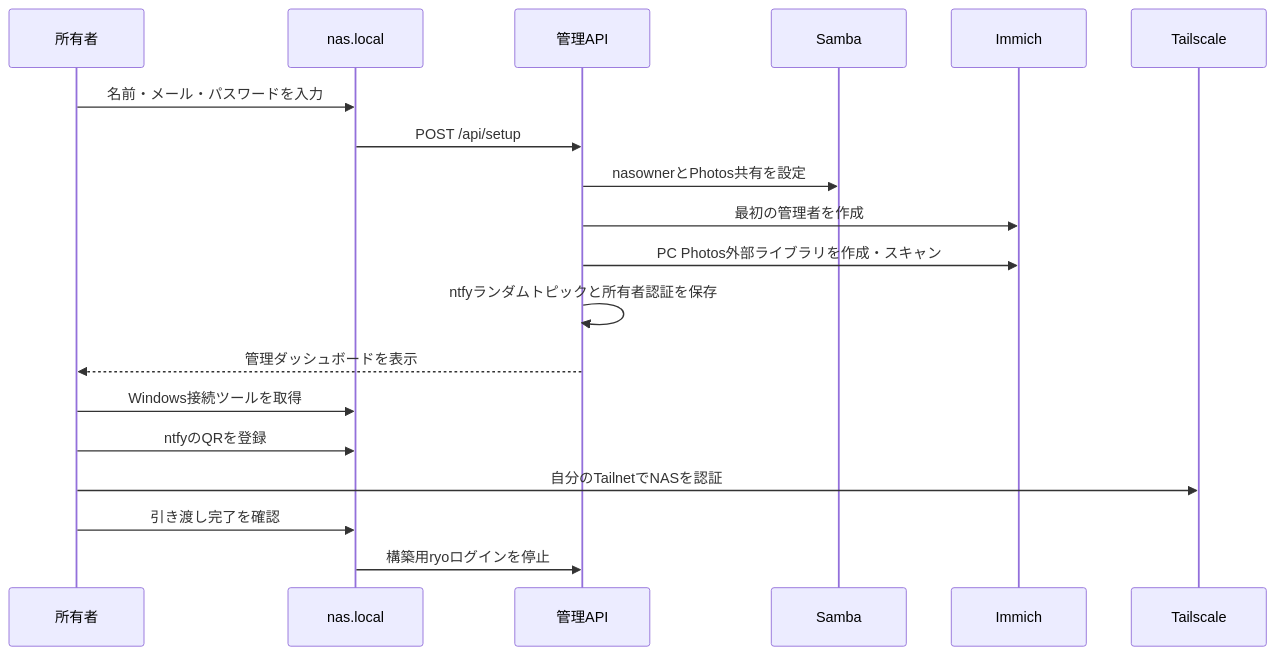
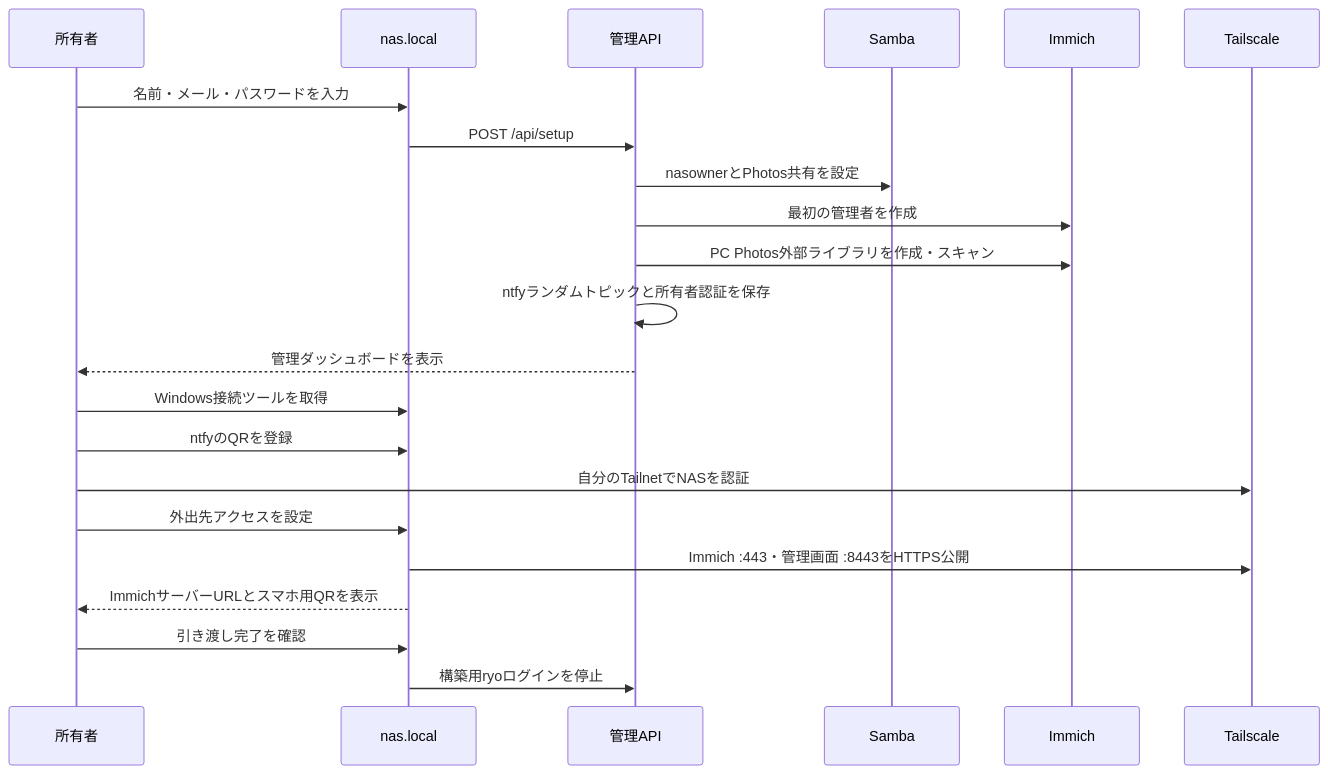
One commit to ryosukeue/nas-setup changed the second of 3 diagrams in ARCHITECTURE.md. Above: the diagram before and after it, drawn with Mermaid. The commit also changed other lines of this file and 1 other file, not shown here.

````diff
--- a/ARCHITECTURE.md
+++ b/ARCHITECTURE.md
@@ -96,22 +101,25 @@
 ```mermaid
 sequenceDiagram
     participant Owner as 所有者
     participant UI as nas.local
     participant API as 管理API
     participant SMB as Samba
     participant Immich as Immich
     participant TS as Tailscale
 
     Owner->>UI: 名前・メール・パスワードを入力
     UI->>API: POST /api/setup
     API->>SMB: nasownerとPhotos共有を設定
     API->>Immich: 最初の管理者を作成
     API->>Immich: PC Photos外部ライブラリを作成・スキャン
     API->>API: ntfyランダムトピックと所有者認証を保存
     API-->>Owner: 管理ダッシュボードを表示
     Owner->>UI: Windows接続ツールを取得
     Owner->>UI: ntfyのQRを登録
     Owner->>TS: 自分のTailnetでNASを認証
+    Owner->>UI: 外出先アクセスを設定
+    UI->>TS: Immich :443・管理画面 :8443をHTTPS公開
+    UI-->>Owner: ImmichサーバーURLとスマホ用QRを表示
     Owner->>UI: 引き渡し完了を確認
     UI->>API: 構築用ryoログインを停止
 ```
````
